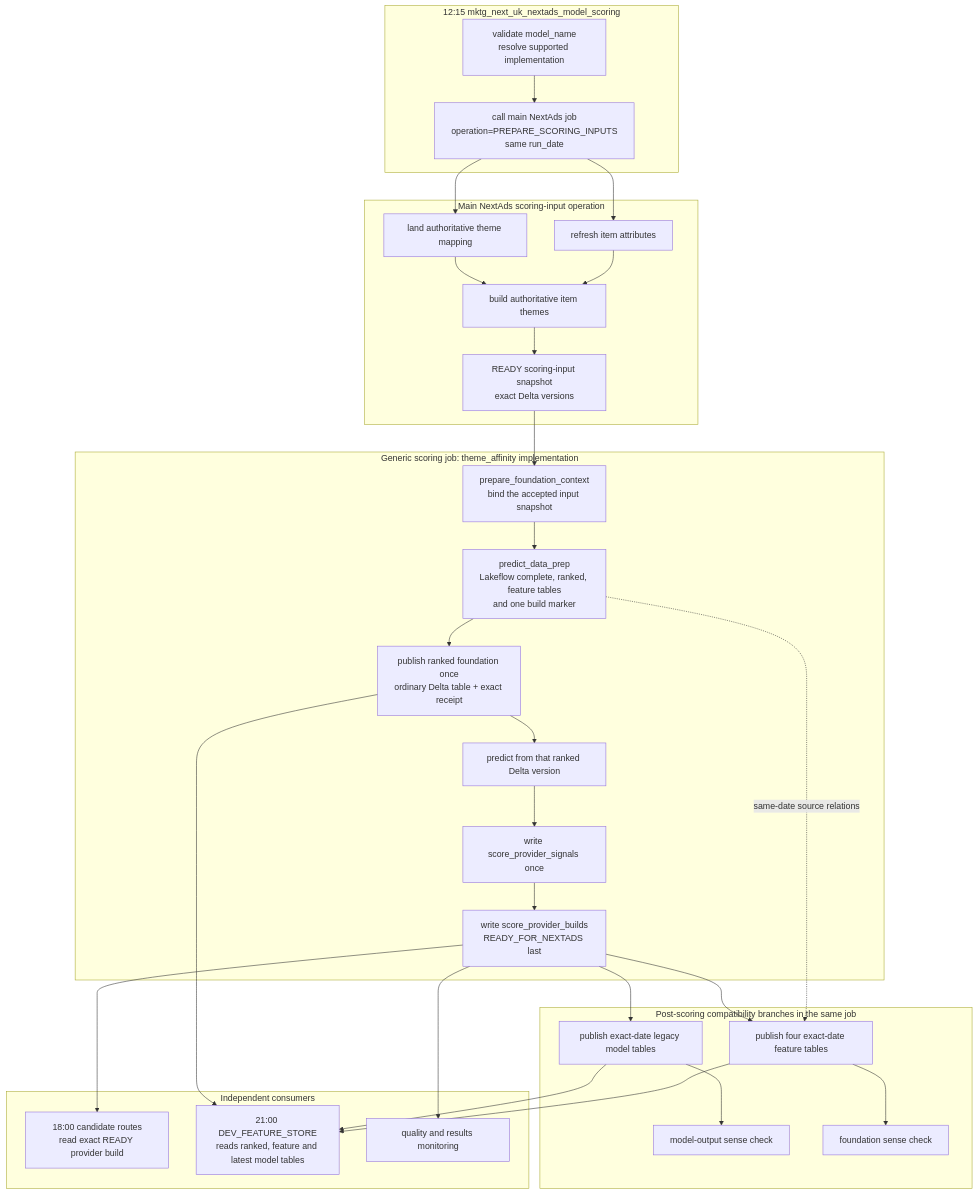
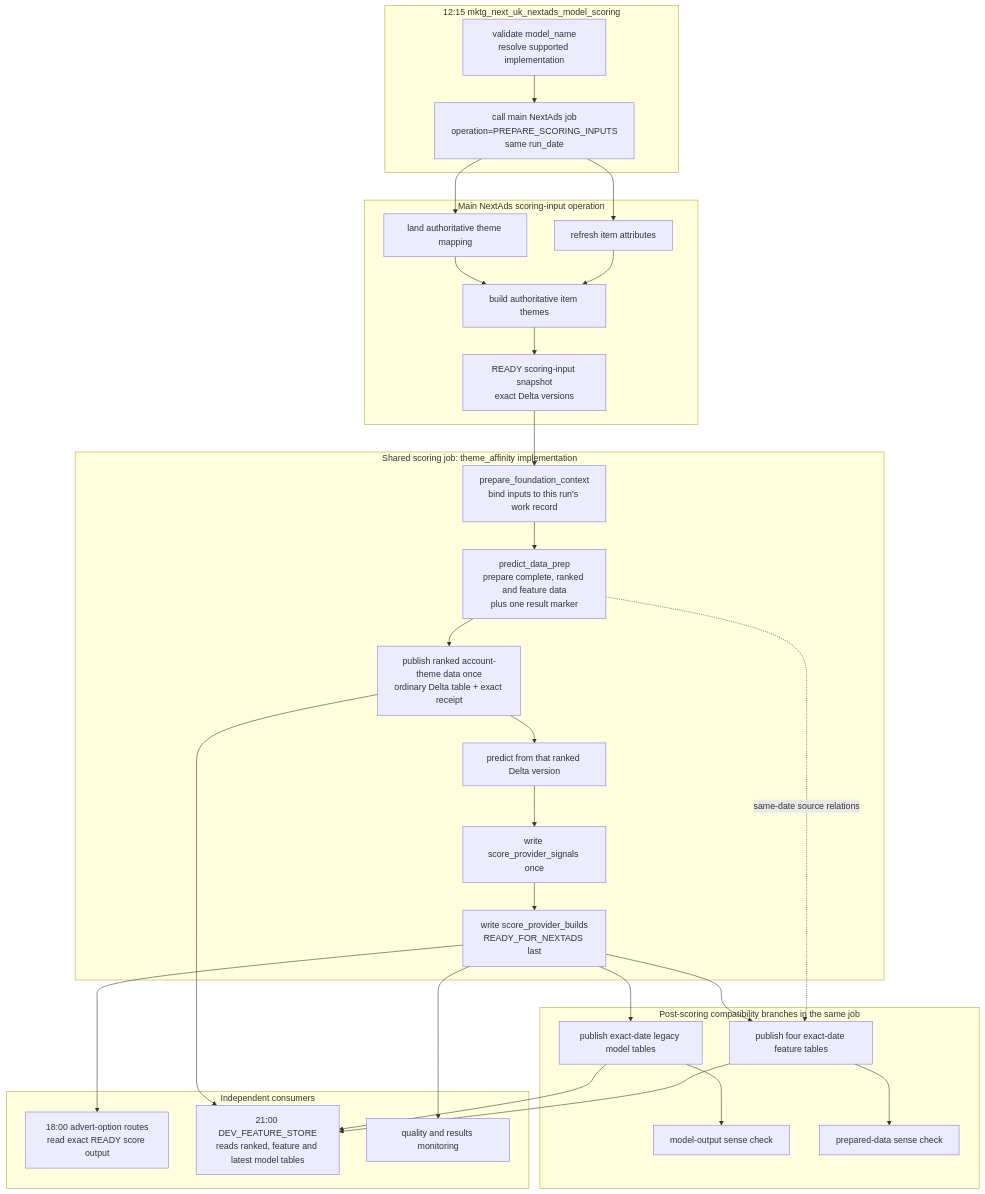
The diagram in docs/architecture/theme_affinity_operational_flow.md (swblain-glyndwr/personal_project), drawn with Mermaid before and after one commit. The commit also changed other lines of this file and 23 other files, not shown here.

Commit message:
Document the complete NextAds operational flow

````diff
--- a/docs/architecture/theme_affinity_operational_flow.md
+++ b/docs/architecture/theme_affinity_operational_flow.md
@@ -5,54 +7,54 @@
 ```mermaid
 flowchart TD
   subgraph scoring_job["12:15 mktg_next_uk_nextads_model_scoring"]
     validate["validate model_name<br/>resolve supported implementation"]
     call_inputs["call main NextAds job<br/>operation=PREPARE_SCORING_INPUTS<br/>same run_date"]
     validate --> call_inputs
   end
 
   subgraph inputs["Main NextAds scoring-input operation"]
     theme_mapping["land authoritative theme mapping"]
     attributes["refresh item attributes"]
     item_themes["build authoritative item themes"]
     input_ready["READY scoring-input snapshot<br/>exact Delta versions"]
     theme_mapping --> item_themes
     attributes --> item_themes --> input_ready
   end
 
-  subgraph provider["Generic scoring job: theme_affinity implementation"]
-    context["prepare_foundation_context<br/>bind the accepted input snapshot"]
-    lakeflow["predict_data_prep<br/>Lakeflow complete, ranked, feature tables<br/>and one build marker"]
-    ranked["publish ranked foundation once<br/>ordinary Delta table + exact receipt"]
+  subgraph score_source["Shared scoring job: theme_affinity implementation"]
+    context["prepare_foundation_context<br/>bind inputs to this run's work record"]
+    lakeflow["predict_data_prep<br/>prepare complete, ranked and feature data<br/>plus one result marker"]
+    ranked["publish ranked account-theme data once<br/>ordinary Delta table + exact receipt"]
     predict["predict from that ranked Delta version"]
     signals["write score_provider_signals once"]
     ready["write score_provider_builds<br/>READY_FOR_NEXTADS last"]
     context --> lakeflow --> ranked --> predict --> signals --> ready
   end
 
   subgraph compatibility["Post-scoring compatibility branches in the same job"]
     legacy["publish exact-date legacy model tables"]
     feature_copy["publish four exact-date feature tables"]
     model_check["model-output sense check"]
-    foundation_check["foundation sense check"]
+    foundation_check["prepared-data sense check"]
     legacy --> model_check
     feature_copy --> foundation_check
   end
 
   subgraph consumers["Independent consumers"]
-    candidate["18:00 candidate routes<br/>read exact READY provider build"]
+    candidate["18:00 advert-option routes<br/>read exact READY score output"]
     feature_store["21:00 DEV_FEATURE_STORE<br/>reads ranked, feature and latest model tables"]
     monitoring["quality and results monitoring"]
   end
 
   call_inputs --> theme_mapping
   call_inputs --> attributes
   input_ready --> context
   ready --> candidate
   ready --> legacy
   ready --> feature_copy
   lakeflow -. same-date source relations .-> feature_copy
   ranked --> feature_store
   legacy --> feature_store
   feature_copy --> feature_store
   ready --> monitoring
 ```
````
